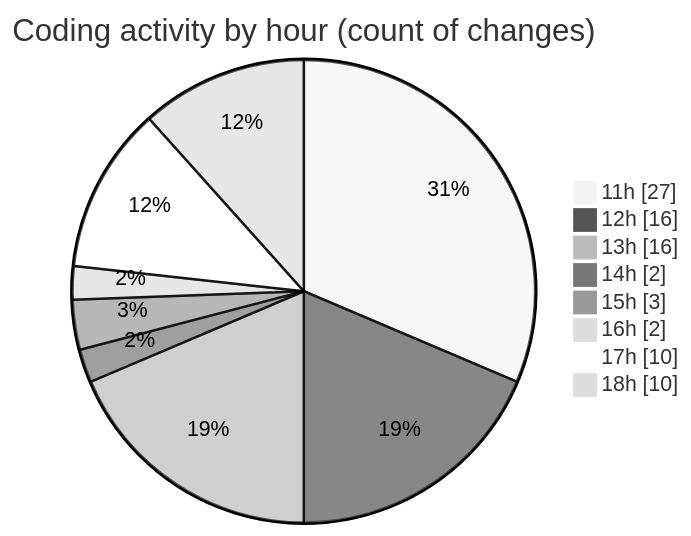
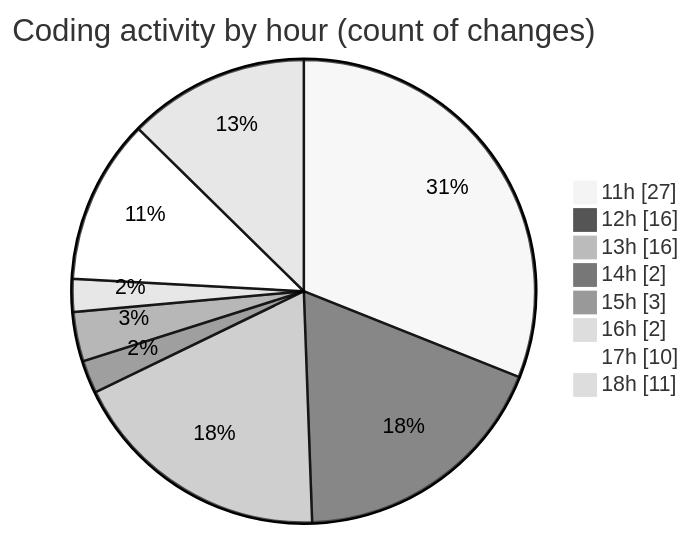
One commit to MatusMokan/code-tracking changed the second of 2 diagrams in 2025-04-18/myws__workspace_/README.md. Above: the diagram before and after it, drawn with Mermaid (neutral theme). The commit also changed other lines of this file and 1 other file, not shown here.

````diff
--- a/2025-04-18/myws__workspace_/README.md
+++ b/2025-04-18/myws__workspace_/README.md
@@ -32,12 +32,12 @@
 ```mermaid
 pie showData
 title Coding activity by hour (count of changes)
 "11h" : 27
 "12h" : 16
 "13h" : 16
 "14h" : 2
 "15h" : 3
 "16h" : 2
 "17h" : 10
-"18h" : 10
+"18h" : 11
 ```
````
